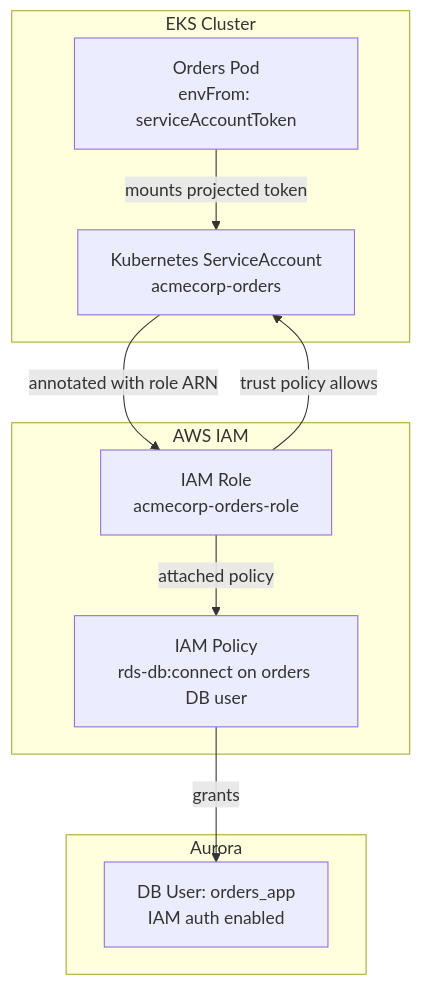
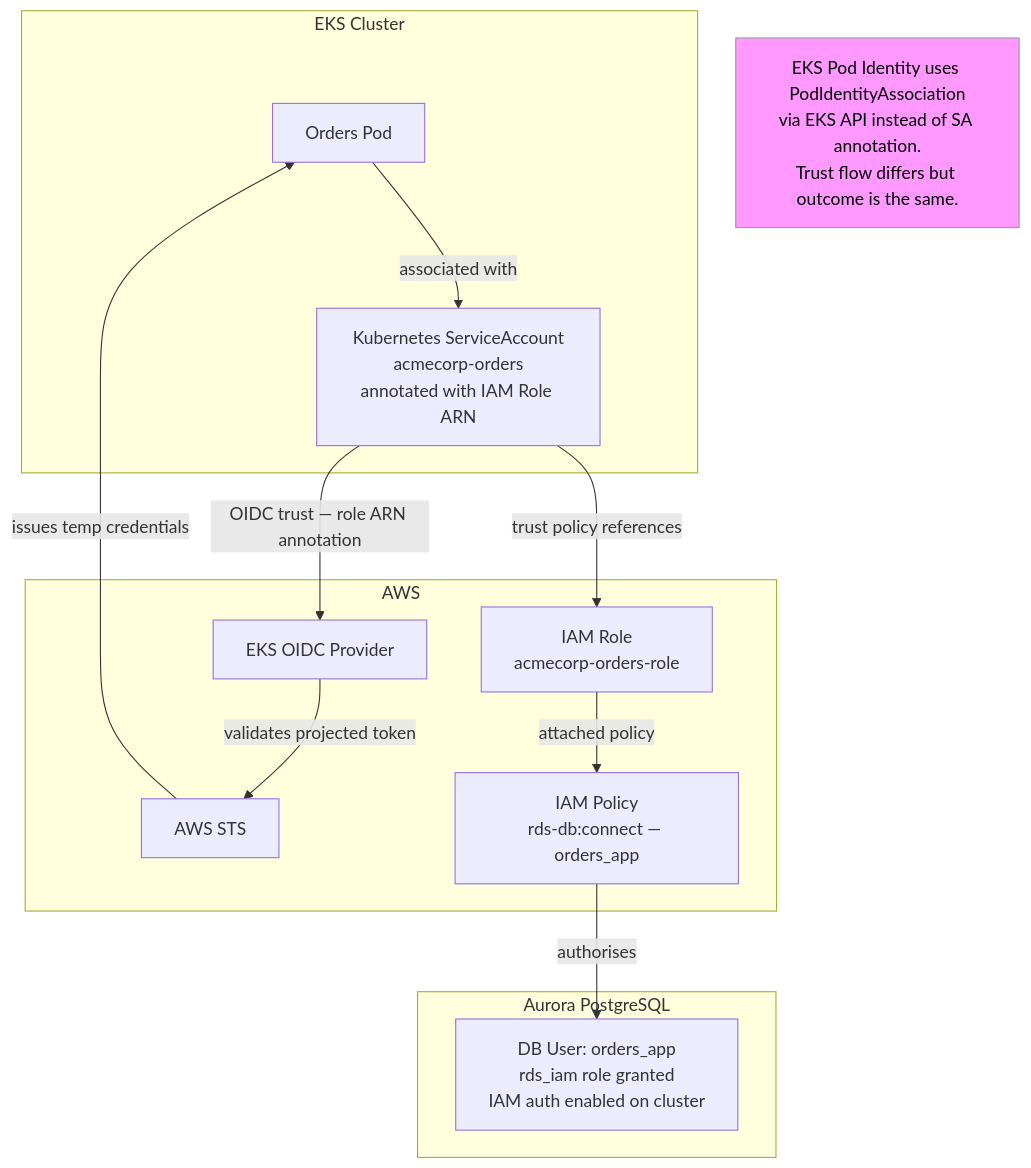
The second of 3 diagrams in docs/episodes/episode-09/episode-09-aurora-iam-auth.md (SaschaMoellering/acmecorp-platform), drawn with Mermaid before and after one commit. The commit also changed other lines of this file and 16 other files, not shown here.

````diff
--- a/docs/episodes/episode-09/episode-09-aurora-iam-auth.md
+++ b/docs/episodes/episode-09/episode-09-aurora-iam-auth.md
@@ -54,22 +58,29 @@
 ```mermaid
 flowchart TD
     subgraph EKS Cluster
-        SA[Kubernetes ServiceAccount\nacmecorp-orders]
-        Pod[Orders Pod\nenvFrom: serviceAccountToken]
+        Pod[Orders Pod]
+        SA[Kubernetes ServiceAccount\nacmecorp-orders\nannotated with IAM Role ARN]
+        Pod -->|associated with| SA
     end
 
-    subgraph AWS IAM
+    subgraph AWS
+        OIDC[EKS OIDC Provider]
+        STS[AWS STS]
         Role[IAM Role\nacmecorp-orders-role]
-        Policy[IAM Policy\nrds-db:connect on orders DB user]
+        Policy[IAM Policy\nrds-db:connect — orders_app]
     end
 
-    subgraph Aurora
-        DBUser[DB User: orders_app\nIAM auth enabled]
+    subgraph Aurora PostgreSQL
+        DBUser[DB User: orders_app\nrds_iam role granted\nIAM auth enabled on cluster]
     end
 
-    SA -->|annotated with role ARN| Role
-    Pod -->|mounts projected token| SA
-    Role -->|trust policy allows| SA
+    SA -->|OIDC trust — role ARN annotation| OIDC
+    OIDC -->|validates projected token| STS
+    STS -->|issues temp credentials| Pod
     Role -->|attached policy| Policy
-    Policy -->|grants| DBUser
+    Policy -->|authorises| DBUser
+    SA -->|trust policy references| Role
+
+    note1[EKS Pod Identity uses PodIdentityAssociation\nvia EKS API instead of SA annotation.\nTrust flow differs but outcome is the same.]
+    style note1 fill:#f9f,stroke:#999,color:#000
 ```
````
